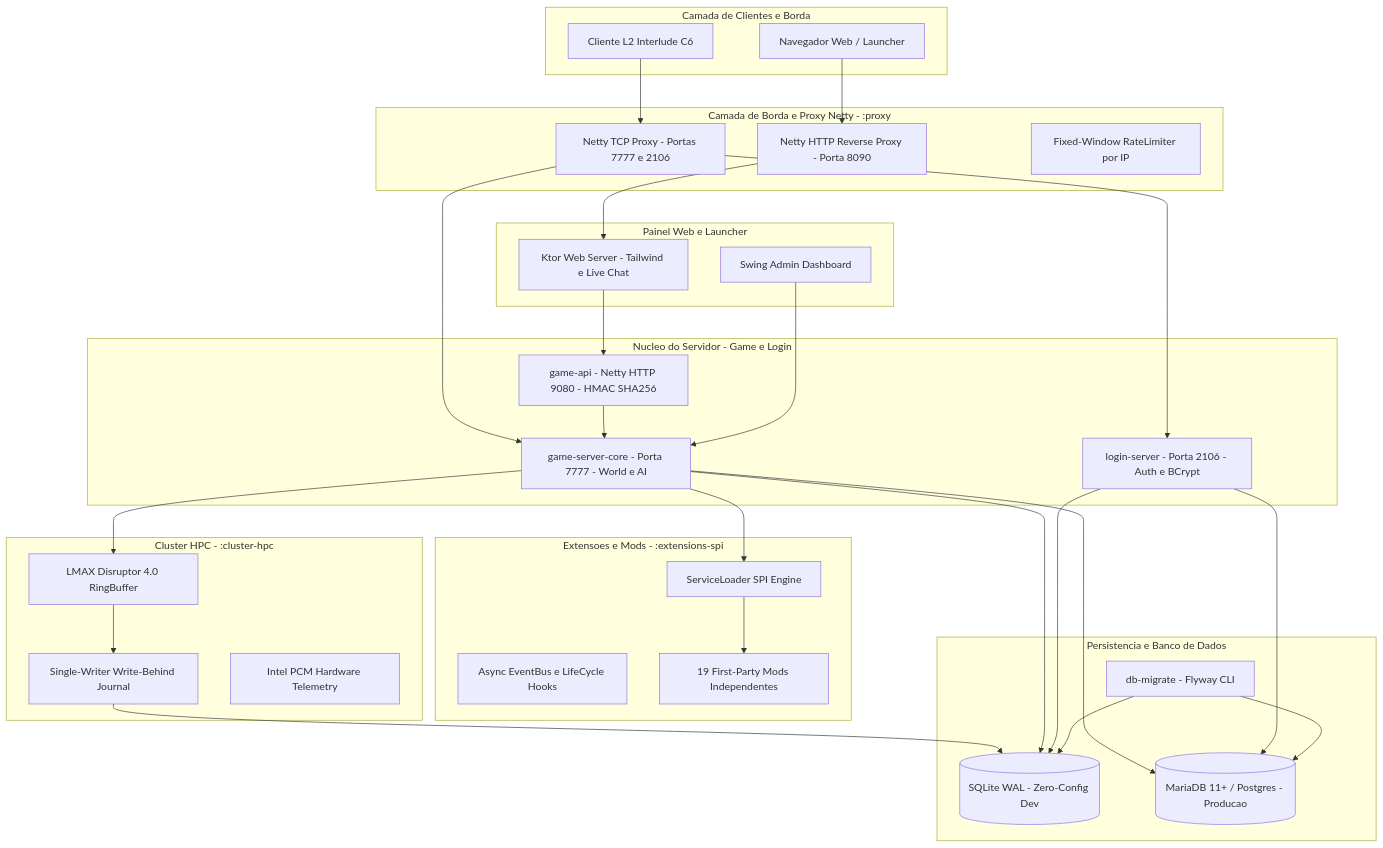
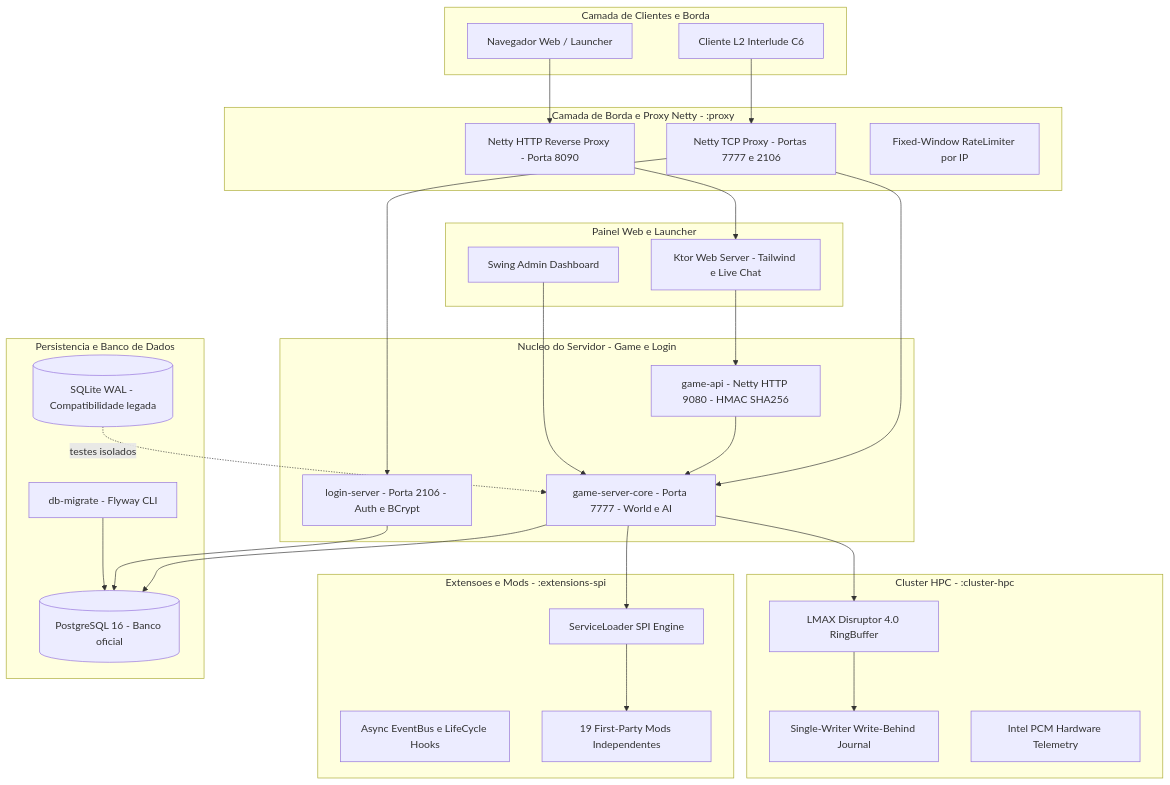
Before and after one commit to Dhousefe/Brproject_2026: the first of 7 diagrams in README.md, drawn with Mermaid. The commit also changed other lines of this file and 27 other files, not shown here.

Commit message:
feat: make PostgreSQL the official database

````diff
--- a/README.md
+++ b/README.md
@@ -73,62 +73,59 @@
 ```mermaid
 flowchart TB
     subgraph ClientTier [Camada de Clientes e Borda]
         Client[Cliente L2 Interlude C6]
         WebUser[Navegador Web / Launcher]
     end
 
     subgraph EdgeTier [Camada de Borda e Proxy Netty - :proxy]
         ProxyTCP[Netty TCP Proxy - Portas 7777 e 2106]
         ProxyHTTP[Netty HTTP Reverse Proxy - Porta 8090]
         RateLimiter[Fixed-Window RateLimiter por IP]
     end
 
     subgraph ServerTier [Nucleo do Servidor - Game e Login]
         LS[login-server - Porta 2106 - Auth e BCrypt]
         GS[game-server-core - Porta 7777 - World e AI]
         GameAPI[game-api - Netty HTTP 9080 - HMAC SHA256]
     end
 
     subgraph SPITier [Extensoes e Mods - :extensions-spi]
         ServiceLoader[ServiceLoader SPI Engine]
         EventBus[Async EventBus e LifeCycle Hooks]
         Mods[19 First-Party Mods Independentes]
     end
 
     subgraph HPCTier [Cluster HPC - :cluster-hpc]
         Disruptor[LMAX Disruptor 4.0 RingBuffer]
         WriteBehind[Single-Writer Write-Behind Journal]
         PCM[Intel PCM Hardware Telemetry]
     end
 
     subgraph StorageTier [Persistencia e Banco de Dados]
         Flyway[db-migrate - Flyway CLI]
-        SQLite[(SQLite WAL - Zero-Config Dev)]
-        MariaDB[(MariaDB 11+ / Postgres - Producao)]
+        PostgreSQL[(PostgreSQL 16 - Banco oficial)]
+        SQLite[(SQLite WAL - Compatibilidade legada)]
     end
 
     subgraph WebTier [Painel Web e Launcher]
         SiteKtor[Ktor Web Server - Tailwind e Live Chat]
         AdminSwing[Swing Admin Dashboard]
     end
 
     Client --> ProxyTCP
     WebUser --> ProxyHTTP
     ProxyTCP --> LS
     ProxyTCP --> GS
     ProxyHTTP --> SiteKtor
     SiteKtor --> GameAPI
     GameAPI --> GS
     GS --> ServiceLoader
     ServiceLoader --> Mods
     GS --> Disruptor
     Disruptor --> WriteBehind
-    WriteBehind --> SQLite
-    GS --> SQLite
-    GS --> MariaDB
-    LS --> MariaDB
-    LS --> SQLite
-    Flyway --> MariaDB
-    Flyway --> SQLite
+    GS --> PostgreSQL
+    LS --> PostgreSQL
+    Flyway --> PostgreSQL
+    SQLite -. testes isolados .-> GS
     AdminSwing --> GS
 ```
````
